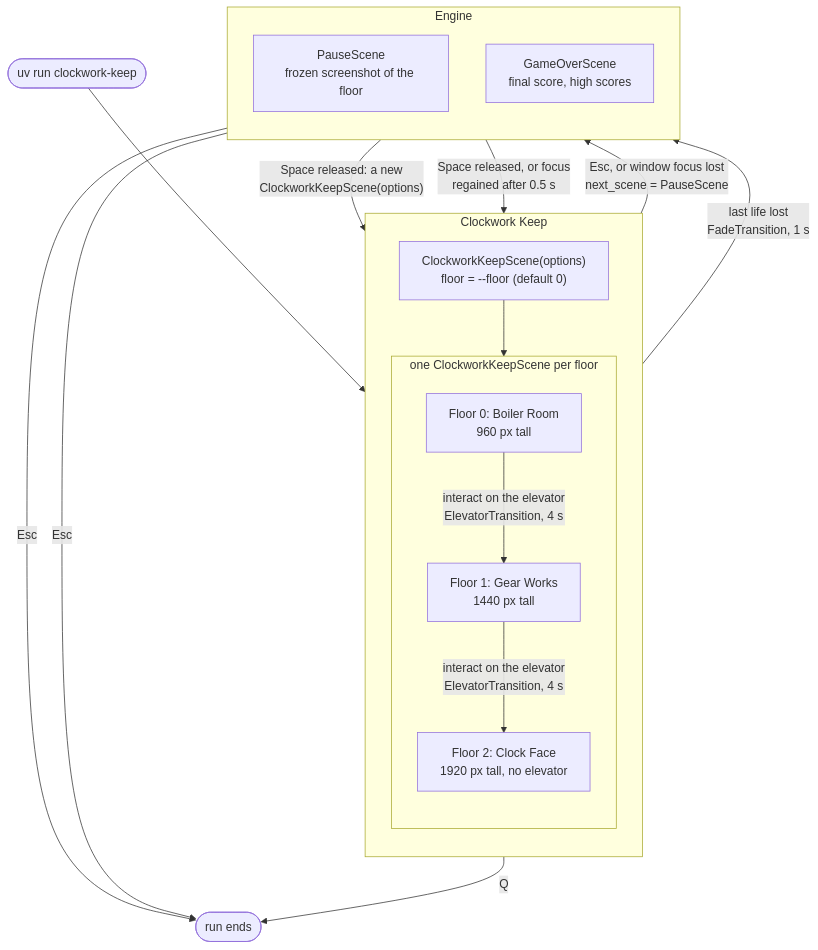
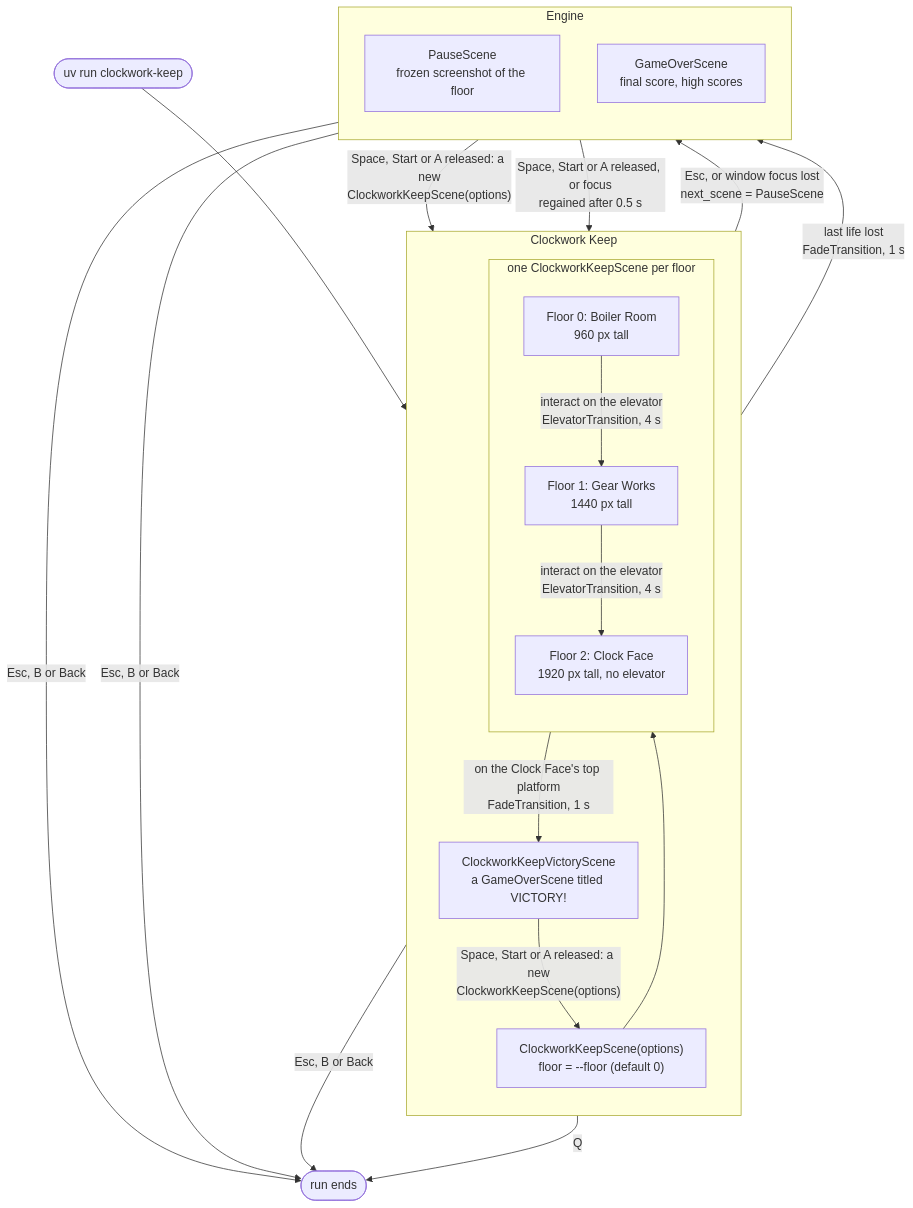
The first of 6 diagrams in docs/games/clockwork_keep.md (terrysimons/glitchygames), drawn with Mermaid before and after one commit. The commit also changed other lines of this file and 93 other files, not shown here.

````diff
--- a/docs/games/clockwork_keep.md
+++ b/docs/games/clockwork_keep.md
@@ -65,29 +68,33 @@
 ```mermaid
 flowchart TB
     start(["uv run clockwork-keep"]) --> first
     subgraph GAME_SCENES["Clockwork Keep"]
         direction TB
         first["ClockworkKeepScene(options)<br/>floor = --floor (default 0)"]
         first --> floors
         subgraph floors["one ClockworkKeepScene per floor"]
             direction TB
             floor0["Floor 0: Boiler Room<br/>960 px tall"]
             floor1["Floor 1: Gear Works<br/>1440 px tall"]
             floor2["Floor 2: Clock Face<br/>1920 px tall, no elevator"]
             floor0 -->|"interact on the elevator<br/>ElevatorTransition, 4 s"| floor1
             floor1 -->|"interact on the elevator<br/>ElevatorTransition, 4 s"| floor2
         end
+        victory["ClockworkKeepVictoryScene<br/>a GameOverScene titled VICTORY!"]
     end
     subgraph ENGINE_SCENES["Engine"]
         direction TB
         pause["PauseScene<br/>frozen screenshot of the floor"]
         gameOver["GameOverScene<br/>final score, high scores"]
     end
     floors -->|"Esc, or window focus lost<br/>next_scene = PauseScene"| pause
-    pause -->|"Space released, or focus<br/>regained after 0.5 s"| floors
+    pause -->|"Space, Start or A released, or focus<br/>regained after 0.5 s"| floors
     floors -->|"last life lost<br/>FadeTransition, 1 s"| gameOver
-    gameOver -->|"Space released: a new<br/>ClockworkKeepScene(options)"| first
+    floors -->|"on the Clock Face's top platform<br/>FadeTransition, 1 s"| victory
+    gameOver -->|"Space, Start or A released: a new<br/>ClockworkKeepScene(options)"| first
+    victory -->|"Space, Start or A released: a new<br/>ClockworkKeepScene(options)"| first
     floors -->|"Q"| quitRun(["run ends"])
-    pause -->|"Esc"| quitRun
-    gameOver -->|"Esc"| quitRun
+    pause -->|"Esc, B or Back"| quitRun
+    gameOver -->|"Esc, B or Back"| quitRun
+    victory -->|"Esc, B or Back"| quitRun
 ```
````
